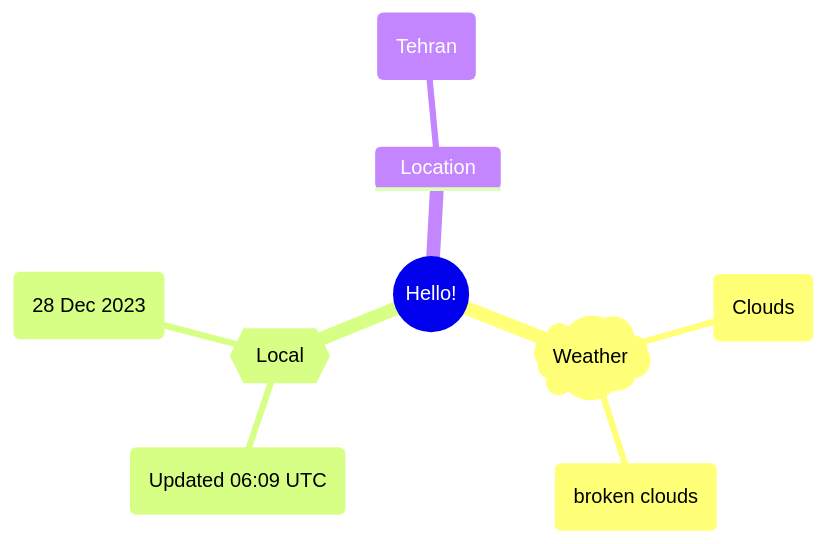
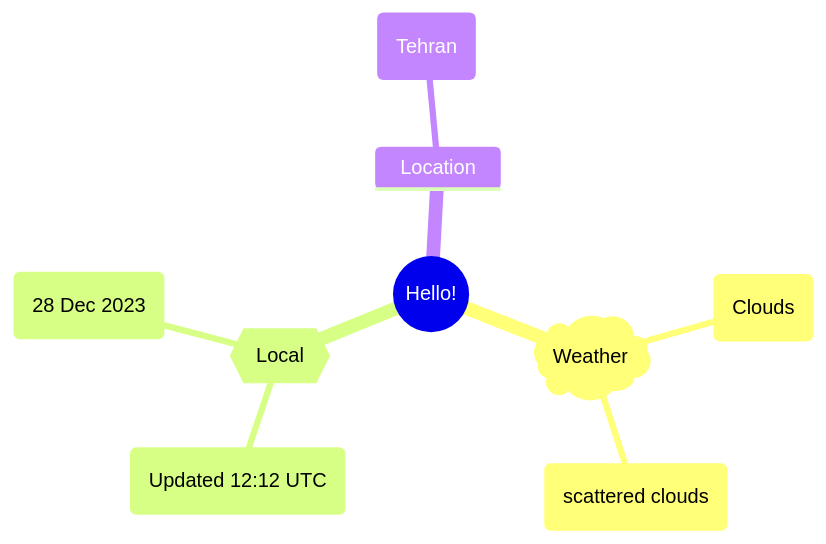
The first of 2 diagrams in README.md (Xosrov/Xosrov), drawn with Mermaid before and after one commit.

Commit message:
[bot] updated images

````diff
--- a/README.md
+++ b/README.md
@@ -3,12 +3,12 @@
 ```mermaid
 mindmap
   root((Hello!))
     )Weather(
         (Clouds)
-        (broken clouds)
+        (scattered clouds)
     {{Local}}
-        (Updated 06:09 UTC)
+        (Updated 12:12 UTC)
         (28 Dec 2023)
     Location
         (Tehran)
 ```
````
